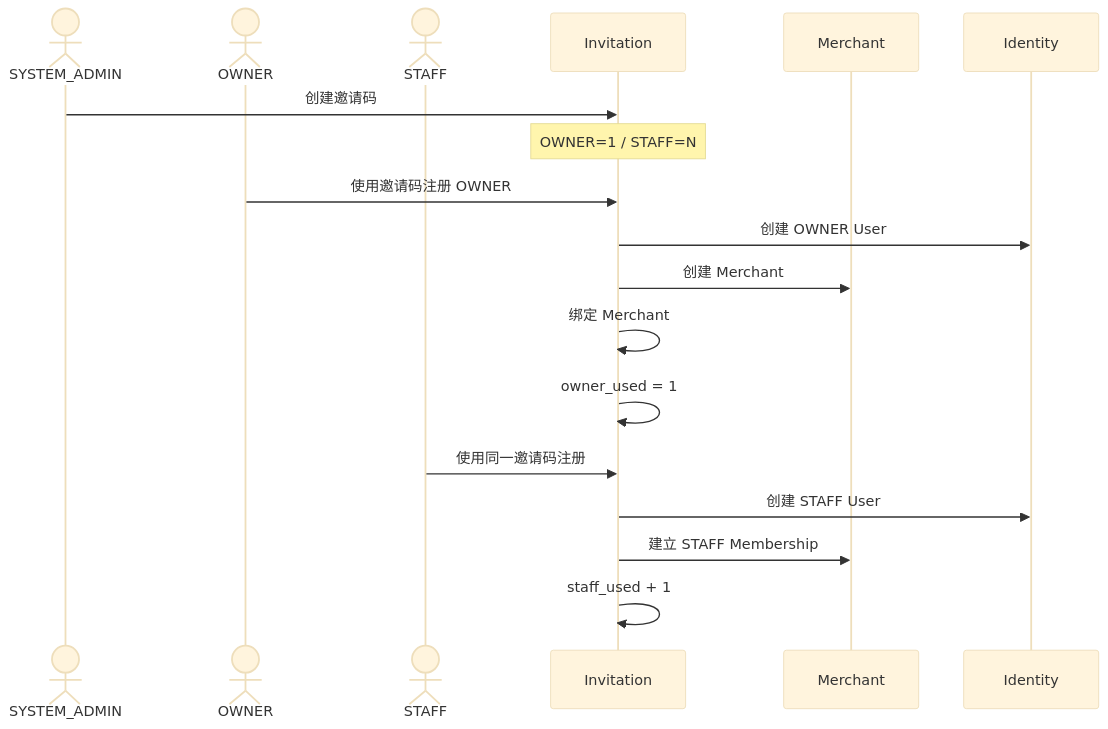
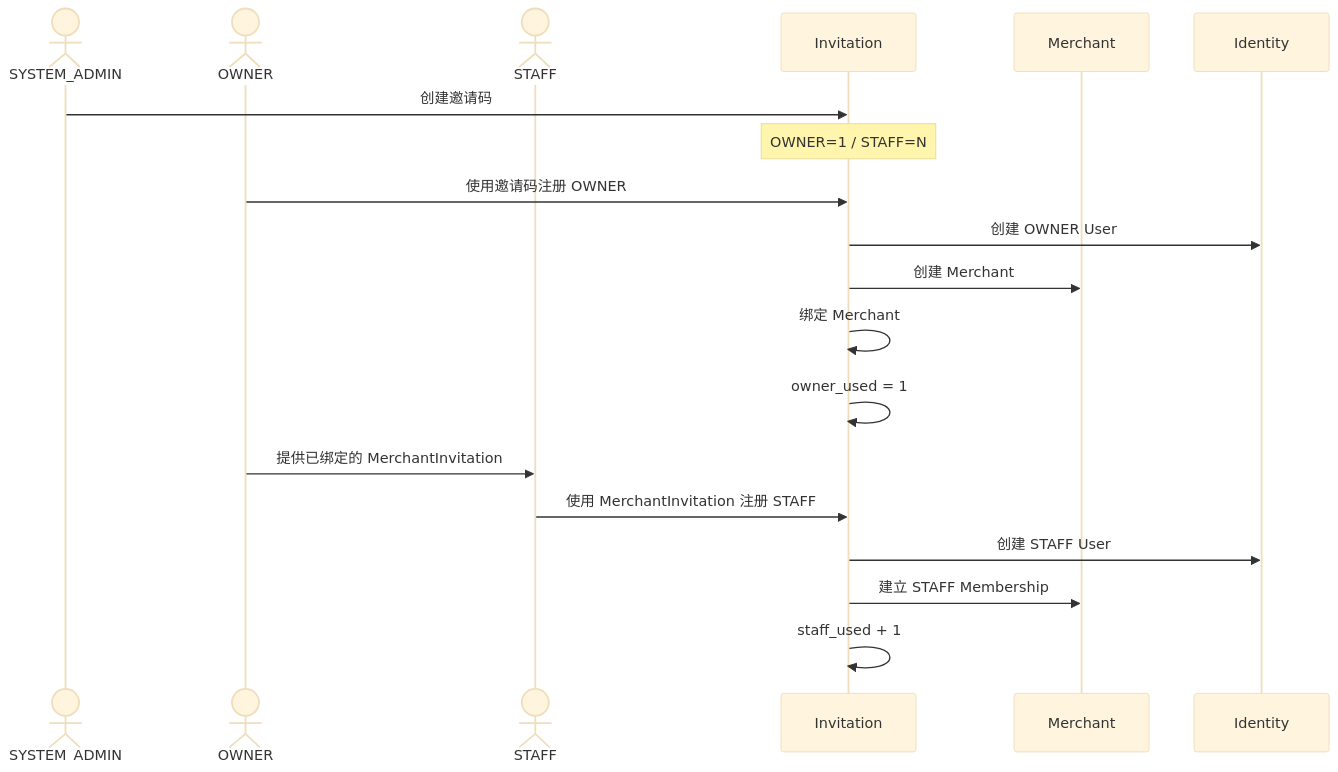
One commit to sxyq/mastergoods changed the first of 13 diagrams in docs/system-design/01-账户与身份/01-注册与邀请码.md. Above: the diagram before and after it, drawn with Mermaid (base theme). The commit also changed other lines of this file and 10 other files, not shown here.

````diff
--- a/docs/system-design/01-账户与身份/01-注册与邀请码.md
+++ b/docs/system-design/01-账户与身份/01-注册与邀请码.md
@@ -56,23 +57,24 @@
 ```mermaid
 sequenceDiagram
     actor SA as SYSTEM_ADMIN
     actor O as OWNER
     actor S as STAFF
     participant INV as Invitation
     participant M as Merchant
     participant IAM as Identity
 
     SA->>INV: 创建邀请码
     Note over INV: OWNER=1 / STAFF=N
 
     O->>INV: 使用邀请码注册 OWNER
     INV->>IAM: 创建 OWNER User
     INV->>M: 创建 Merchant
     INV->>INV: 绑定 Merchant
     INV->>INV: owner_used = 1
 
-    S->>INV: 使用同一邀请码注册
+    O->>S: 提供已绑定的 MerchantInvitation
+    S->>INV: 使用 MerchantInvitation 注册 STAFF
     INV->>IAM: 创建 STAFF User
     INV->>M: 建立 STAFF Membership
     INV->>INV: staff_used + 1
 ```
````
